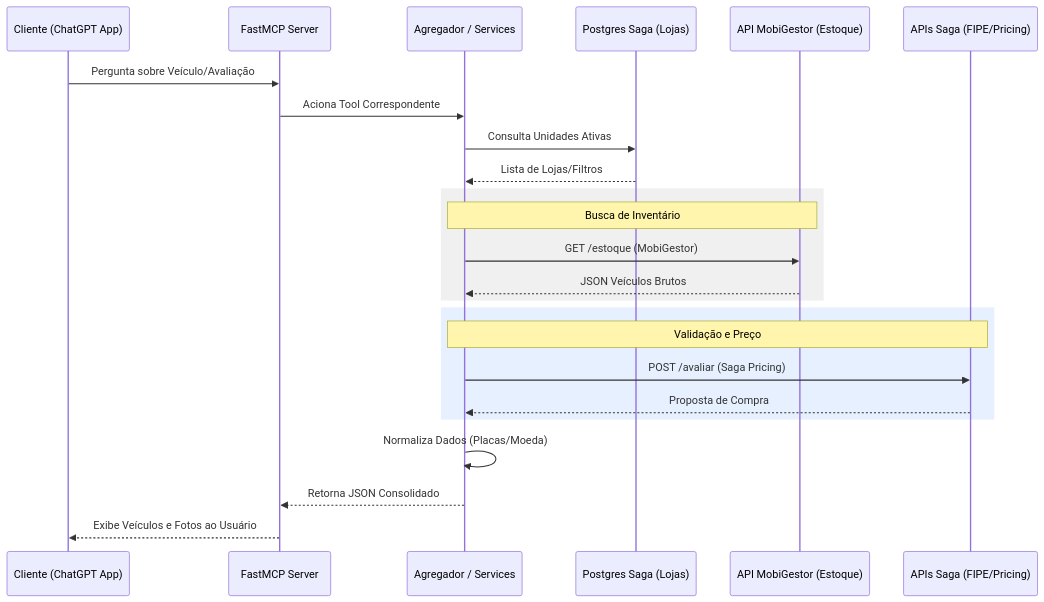
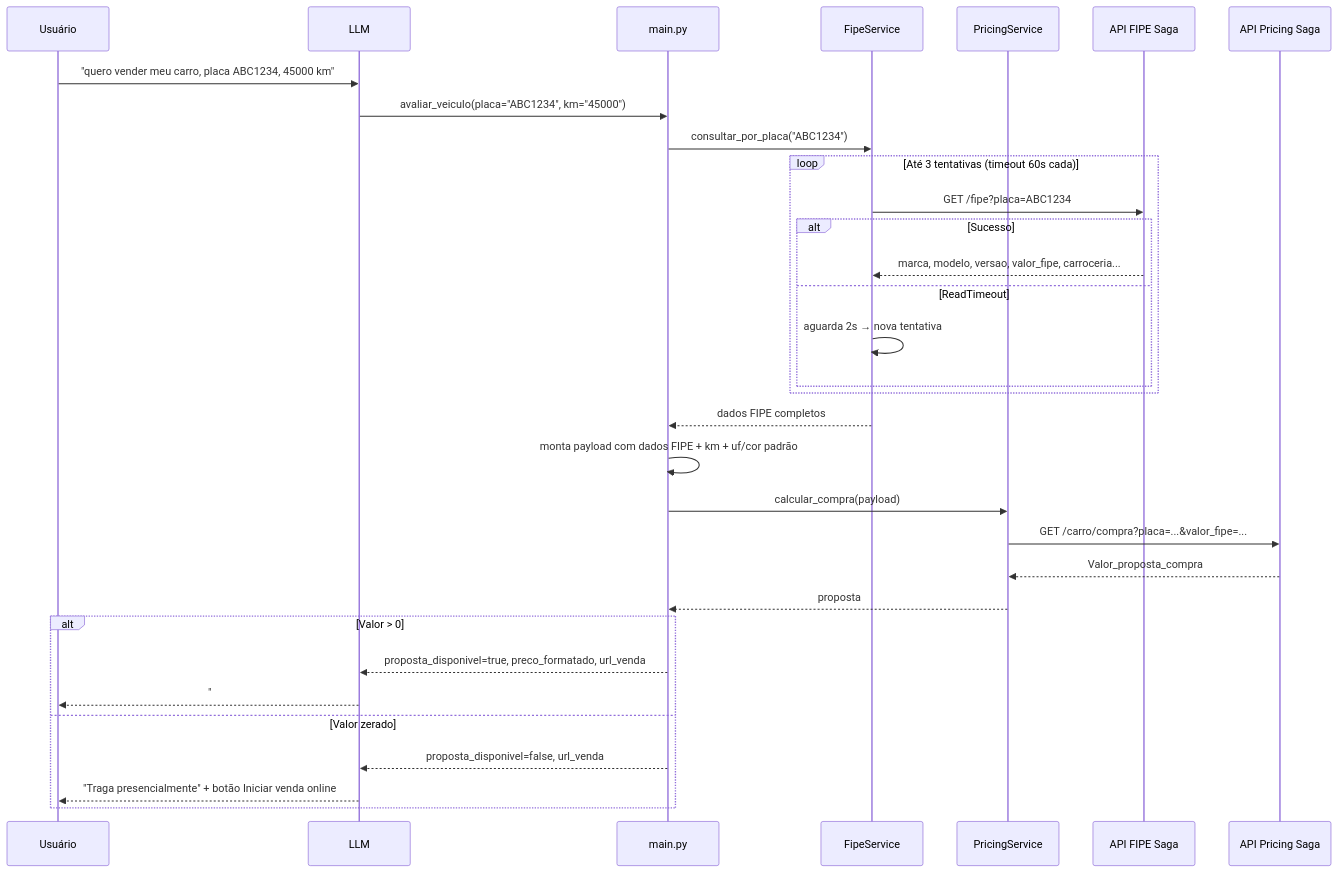
The second of 2 diagrams in docs/03_fluxo.md (JoaaoCunhaa/ml-mcp-ia-vendas), drawn with Mermaid before and after one commit. The commit also changed other lines of this file and 3 other files, not shown here.

````diff
--- a/docs/03_fluxo.md
+++ b/docs/03_fluxo.md
@@ -35,30 +132,38 @@
 ```mermaid
 sequenceDiagram
-    participant C as Cliente (ChatGPT App)
-    participant M as FastMCP Server
-    participant S as Agregador / Services
-    participant DB as Postgres Saga (Lojas)
-    participant MG as API MobiGestor (Estoque)
-    participant AS as APIs Saga (FIPE/Pricing)
+    participant U as Usuário
+    participant L as LLM
+    participant M as main.py
+    participant F as FipeService
+    participant P as PricingService
+    participant FA as API FIPE Saga
+    participant PA as API Pricing Saga
 
-    C->>M: Pergunta sobre Veículo/Avaliação
-    M->>S: Aciona Tool Correspondente
-    S->>DB: Consulta Unidades Ativas
-    DB-->>S: Lista de Lojas/Filtros
-    
-    rect rgb(240, 240, 240)
-        Note over S, MG: Busca de Inventário
-        S->>MG: GET /estoque (MobiGestor)
-        MG-->>S: JSON Veículos Brutos
+    U->>L: "quero vender meu carro, placa ABC1234, 45000 km"
+    L->>M: avaliar_veiculo(placa="ABC1234", km="45000")
+    M->>F: consultar_por_placa("ABC1234")
+
+    loop Até 3 tentativas (timeout 60s cada)
+        F->>FA: GET /fipe?placa=ABC1234
+        alt Sucesso
+            FA-->>F: marca, modelo, versao, valor_fipe, carroceria...
+        else ReadTimeout
+            F->>F: aguarda 2s → nova tentativa
+        end
     end
 
-    rect rgb(230, 240, 255)
-        Note over S, AS: Validação e Preço
-        S->>AS: POST /avaliar (Saga Pricing)
-        AS-->>S: Proposta de Compra
+    F-->>M: dados FIPE completos
+    M->>M: monta payload com dados FIPE + km + uf/cor padrão
+    M->>P: calcular_compra(payload)
+    P->>PA: GET /carro/compra?placa=...&valor_fipe=...
+    PA-->>P: Valor_proposta_compra
+    P-->>M: proposta
+
+    alt Valor > 0
+        M-->>L: proposta_disponivel=true, preco_formatado, url_venda
+        L-->>U: "## 💰 Proposta: R$ XX.XXX" + botão Vender agora
+    else Valor zerado
+        M-->>L: proposta_disponivel=false, url_venda
+        L-->>U: "Traga presencialmente" + botão Iniciar venda online
     end
-
-    S->>S: Normaliza Dados (Placas/Moeda)
-    S-->>M: Retorna JSON Consolidado
-    M-->>C: Exibe Veículos e Fotos ao Usuário
 ```
````
